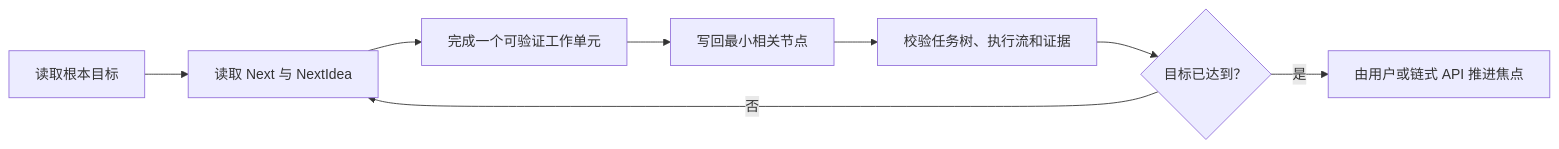
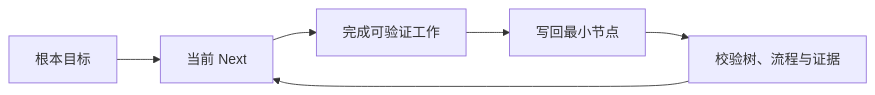
Before and after one commit to guess-guess-who-i-am/llm-task-tree: the diagram in README.md, drawn with Mermaid. The commit also changed other lines of this file and 15 other files, not shown here.

````diff
--- a/README.md
+++ b/README.md
@@ -116,10 +107,8 @@
 ```mermaid
 flowchart LR
-    A["读取根本目标"] --> B["读取 Next 与 NextIdea"]
-    B --> C["完成一个可验证工作单元"]
-    C --> D["写回最小相关节点"]
-    D --> E["校验任务树、执行流和证据"]
-    E --> F{"目标已达到？"}
-    F -- "否" --> B
-    F -- "是" --> G["由用户或链式 API 推进焦点"]
+    A["根本目标"] --> B["当前 Next"]
+    B --> C["完成可验证工作"]
+    C --> D["写回最小节点"]
+    D --> E["校验树、流程与证据"]
+    E --> B
 ```
````
